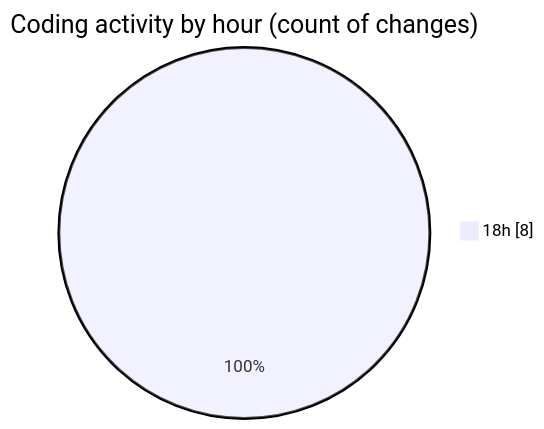
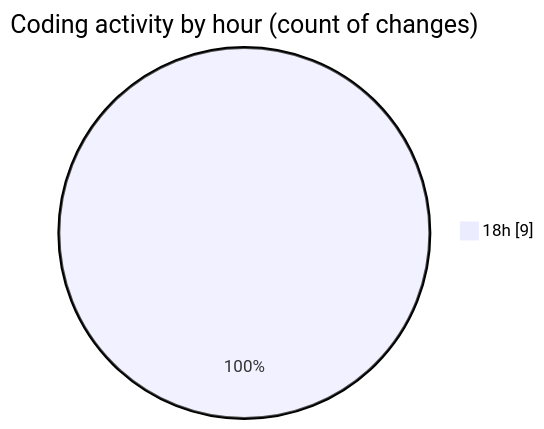
One commit to Netris89/code-tracking changed the second of 2 diagrams in 2025-04-28/date/README.md. Above: the diagram before and after it, drawn with Mermaid. The commit also changed other lines of this file and 1 other file, not shown here.

````diff
--- a/2025-04-28/date/README.md
+++ b/2025-04-28/date/README.md
@@ -30,5 +30,5 @@
 ```mermaid
 pie showData
 title Coding activity by hour (count of changes)
-"18h" : 8
+"18h" : 9
 ```
````
